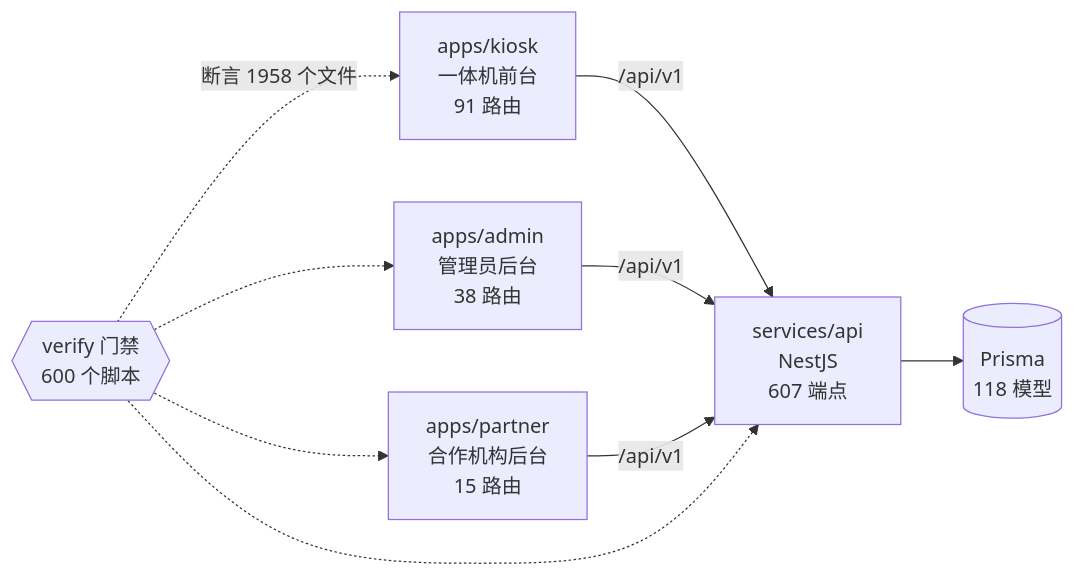
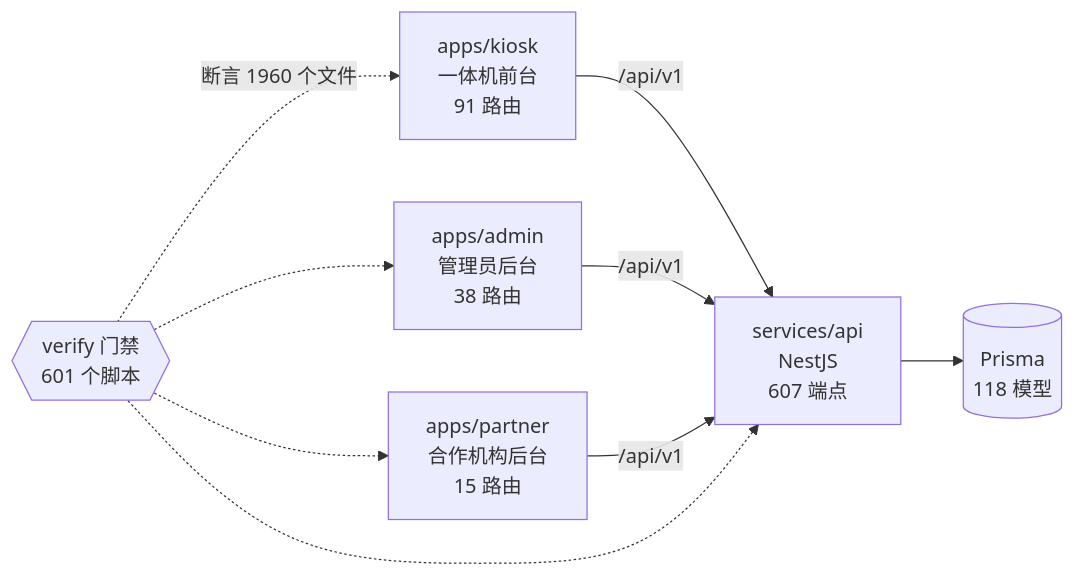
One commit to wanglei581/YITIJI changed the diagram in docs/graph/README.md. Above: the diagram before and after it, drawn with Mermaid. The commit also changed other lines of this file and 3 other files, not shown here.

Commit message:
chore(graph): A4 三处告警修复登记后重生图谱

````diff
--- a/docs/graph/README.md
+++ b/docs/graph/README.md
@@ -68,18 +68,18 @@
 ```mermaid
 flowchart LR
   kiosk["apps/kiosk<br/>一体机前台<br/>91 路由"]
   admin["apps/admin<br/>管理员后台<br/>38 路由"]
   partner["apps/partner<br/>合作机构后台<br/>15 路由"]
   api["services/api<br/>NestJS<br/>607 端点"]
   db[("Prisma<br/>118 模型")]
-  gates{{"verify 门禁<br/>600 个脚本"}}
+  gates{{"verify 门禁<br/>601 个脚本"}}
 
   kiosk -->|"/api/v1"| api
   admin -->|"/api/v1"| api
   partner -->|"/api/v1"| api
   api --> db
-  gates -.->|"断言 1958 个文件"| kiosk
+  gates -.->|"断言 1960 个文件"| kiosk
   gates -.-> admin
   gates -.-> partner
   gates -.-> api
 ```
````
